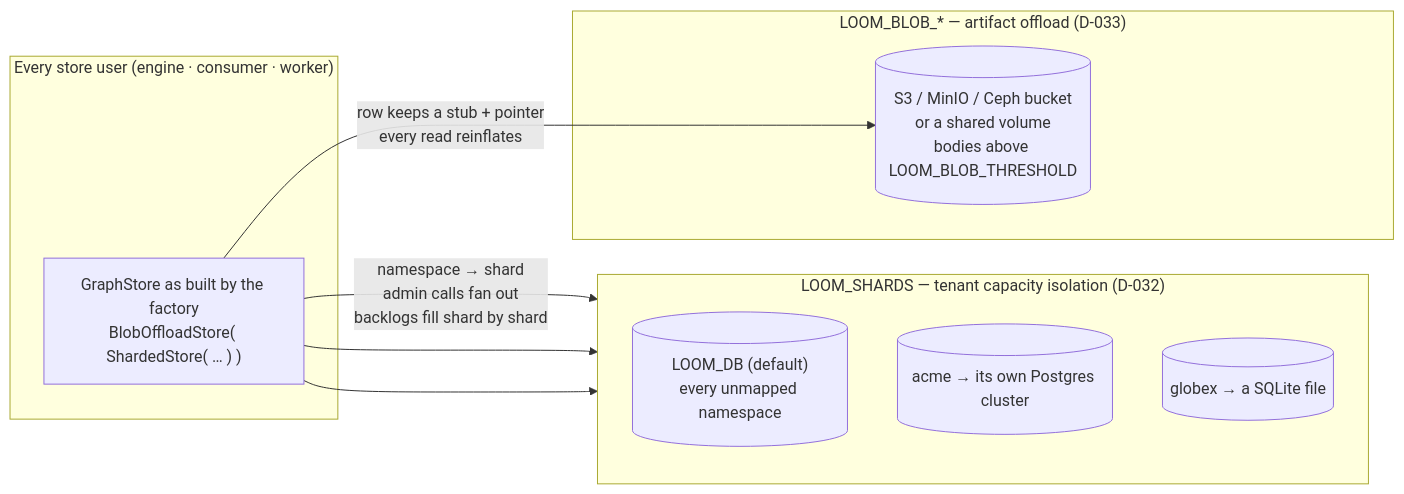
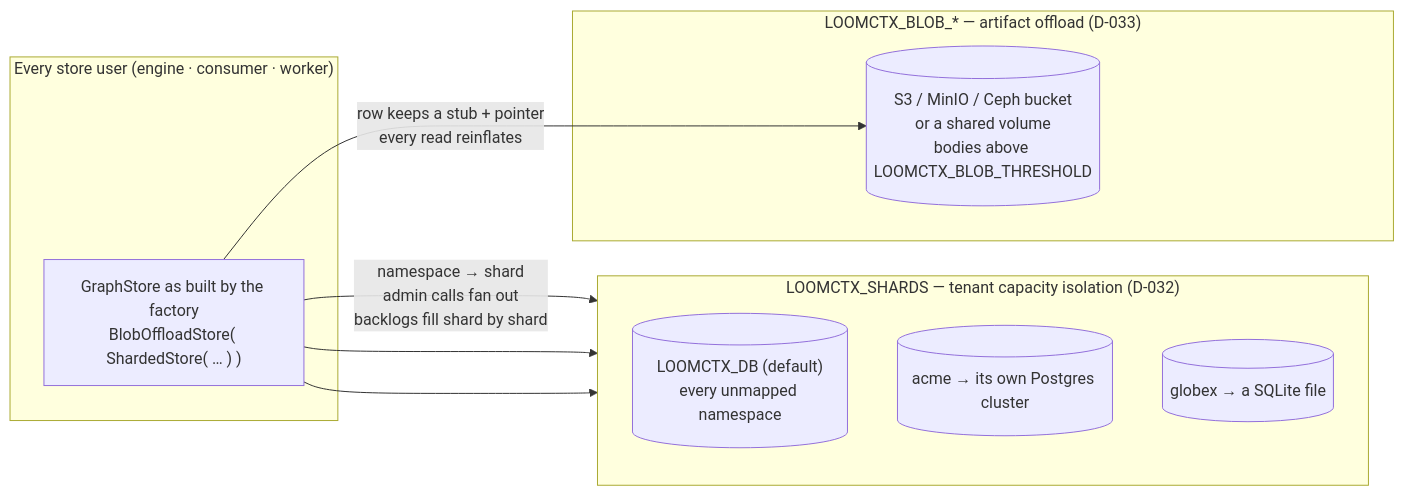
One commit to seahop/loomctx changed the third of 5 diagrams in docs/infrastructure.md. Above: the diagram before and after it, drawn with Mermaid. The commit also changed other lines of this file and 266 other files, not shown here.

````diff
--- a/docs/infrastructure.md
+++ b/docs/infrastructure.md
@@ -140,22 +140,22 @@
 ```mermaid
 flowchart LR
     subgraph procs["Every store user (engine · consumer · worker)"]
         st["GraphStore as built by the factory<br/>BlobOffloadStore( ShardedStore( … ) )"]
     end
 
-    subgraph shards["LOOM_SHARDS — tenant capacity isolation (D-032)"]
+    subgraph shards["LOOMCTX_SHARDS — tenant capacity isolation (D-032)"]
         direction TB
-        d0[("LOOM_DB (default)<br/>every unmapped namespace")]
+        d0[("LOOMCTX_DB (default)<br/>every unmapped namespace")]
         d1[("acme → its own Postgres cluster")]
         d2[("globex → a SQLite file")]
     end
 
-    subgraph blobs["LOOM_BLOB_* — artifact offload (D-033)"]
-        b1[("S3 / MinIO / Ceph bucket<br/>or a shared volume<br/>bodies above LOOM_BLOB_THRESHOLD")]
+    subgraph blobs["LOOMCTX_BLOB_* — artifact offload (D-033)"]
+        b1[("S3 / MinIO / Ceph bucket<br/>or a shared volume<br/>bodies above LOOMCTX_BLOB_THRESHOLD")]
     end
 
     st -- "namespace → shard<br/>admin calls fan out<br/>backlogs fill shard by shard" --> d0
     st --> d1
     st --> d2
     st -- "row keeps a stub + pointer<br/>every read reinflates" --> b1
 ```
````
